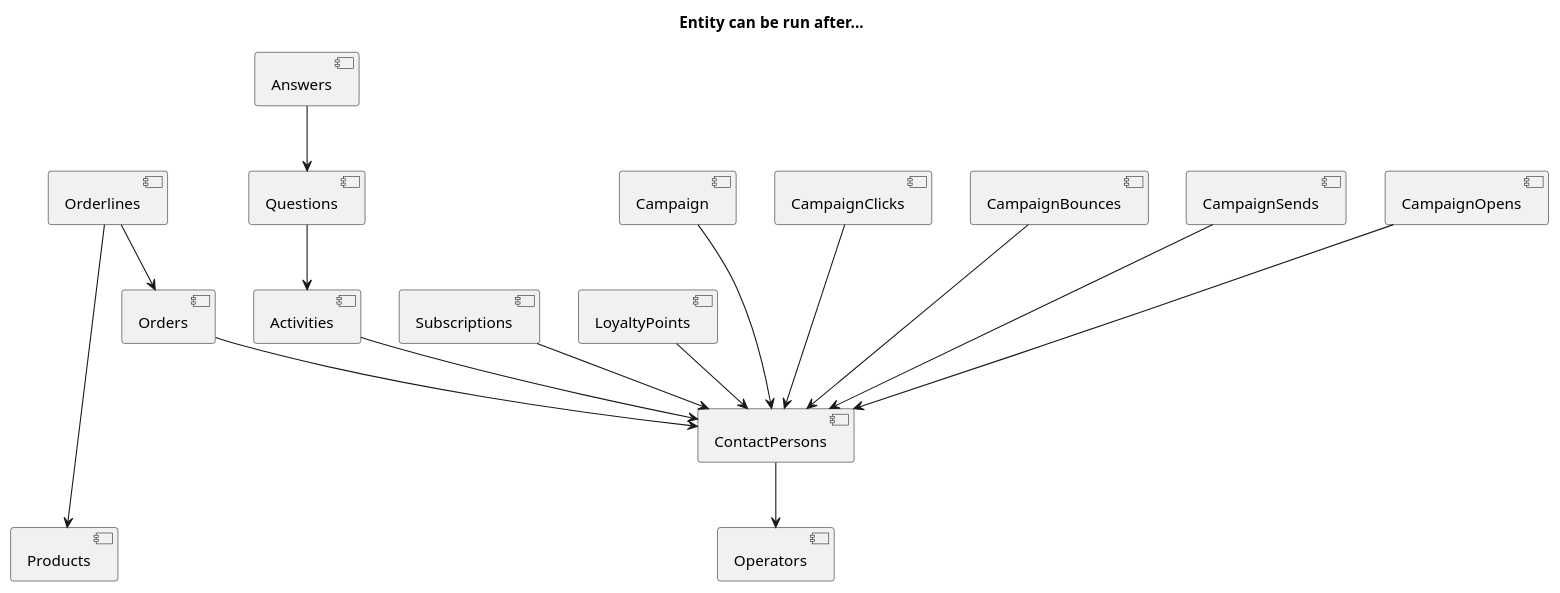
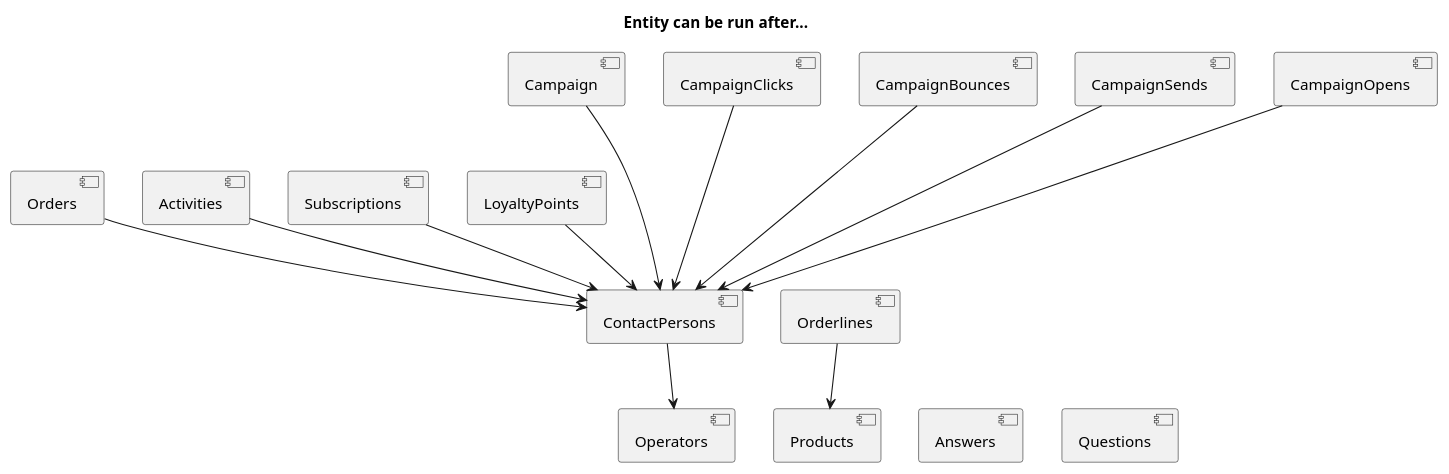
The diagram in diagram/Entity dependencies.plantuml (kishorem-mf/spark-jobs), drawn with PlantUML before and after one commit.

Commit message:
Removed incorrect dependencies

```diff
--- a/diagram/Entity dependencies.plantuml
+++ b/diagram/Entity dependencies.plantuml
@@ -1,52 +1,43 @@
 @startuml
 title Entity can be run after...
 
 [ContactPersons] as CP
 [Operators] as OP
 [Orders] as OD
 [Orderlines] as OL
 [Products] as PD
 [Activities] as AC
 [Questions] as QU
 [Answers] as AN
 [Subscriptions] as SC
 [LoyaltyPoints] as LP
 
 [Campaign] as CMP
 [CampaignClicks] as CMPC
 [CampaignBounces] as CMPB
 [CampaignSends] as CMPS
 [CampaignOpens] as CMPO
 
 CP --> OP
 
 OD --> CP
-' OD --> OP
 
-OL --> OD
-' OL --> OP
-OL ----> PD
+OL --> PD
 
-' AC --> OP
 AC --> CP
-
-QU --> AC
-
-AN --> QU
 
 SC --> CP
 
-' LP --> OP
 LP --> CP
 
 CMP ---> CP
-' CMPC ---> OP
 CMPC ---> CP
-' CMPB ---> OP
 CMPB ---> CP
-' CMPS ---> OP
 CMPS ---> CP
-' CMPO ---> OP
 CMPO ---> CP
 
+' Place entities without dependencies next to operators
+OP -[hidden]right- QU
+OP -[hidden]right- AN
+OP -[hidden]right- PD
 @enduml
```
